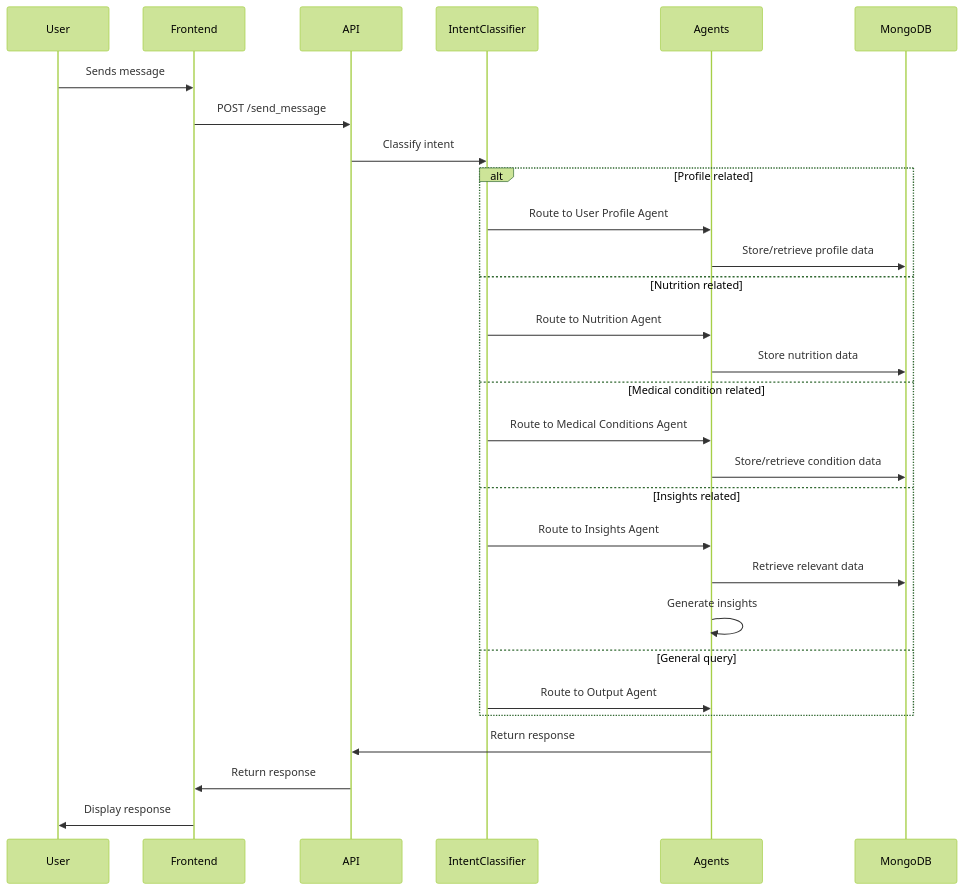
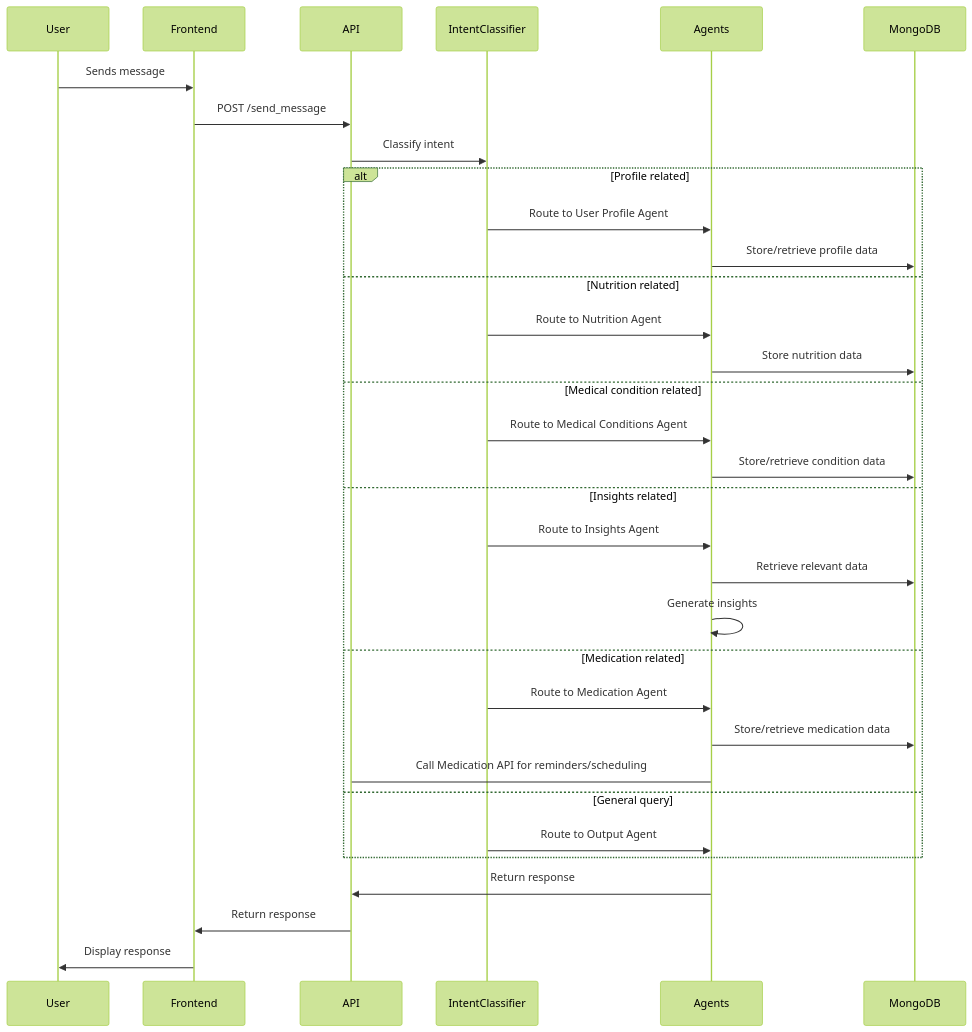
One commit to pramodhkp/mediassist changed the second of 2 diagrams in README.md. Above: the diagram before and after it, drawn with Mermaid (forest theme). The commit also changed other lines of this file and 24 other files, not shown here.

First line of the commit message:
feat: Implement medication tracking and reminders feature

````diff
--- a/README.md
+++ b/README.md
@@ -105,34 +96,38 @@
 ```mermaid
 sequenceDiagram
     participant User
     participant Frontend
     participant API
     participant IntentClassifier
     participant Agents
     participant MongoDB
     
     User->>Frontend: Sends message
     Frontend->>API: POST /send_message
     API->>IntentClassifier: Classify intent
     
     alt Profile related
         IntentClassifier->>Agents: Route to User Profile Agent
         Agents->>MongoDB: Store/retrieve profile data
     else Nutrition related
         IntentClassifier->>Agents: Route to Nutrition Agent
         Agents->>MongoDB: Store nutrition data
     else Medical condition related
         IntentClassifier->>Agents: Route to Medical Conditions Agent
         Agents->>MongoDB: Store/retrieve condition data
     else Insights related
         IntentClassifier->>Agents: Route to Insights Agent
         Agents->>MongoDB: Retrieve relevant data
         Agents->>Agents: Generate insights
+    else Medication related
+        IntentClassifier->>Agents: Route to Medication Agent
+        Agents->>MongoDB: Store/retrieve medication data
+        Agents->API: Call Medication API for reminders/scheduling
     else General query
         IntentClassifier->>Agents: Route to Output Agent
     end
     
     Agents->>API: Return response
     API->>Frontend: Return response
     Frontend->>User: Display response
 ```
````
